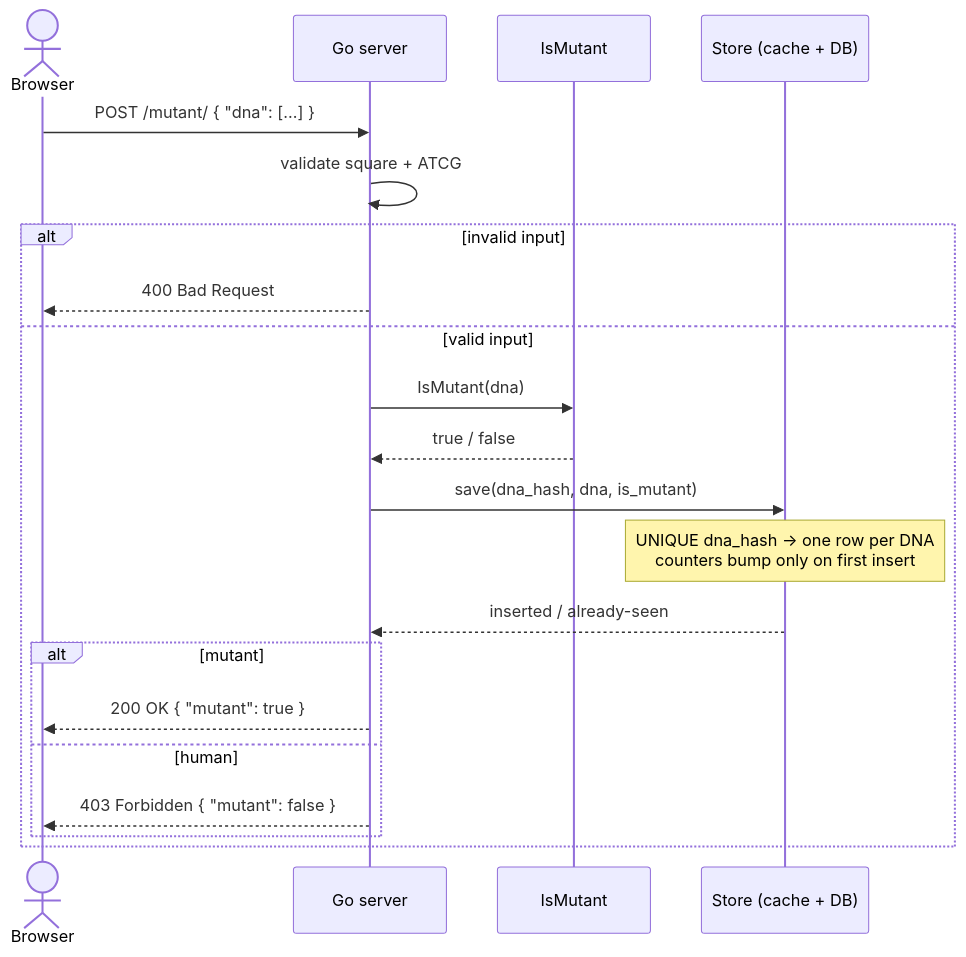
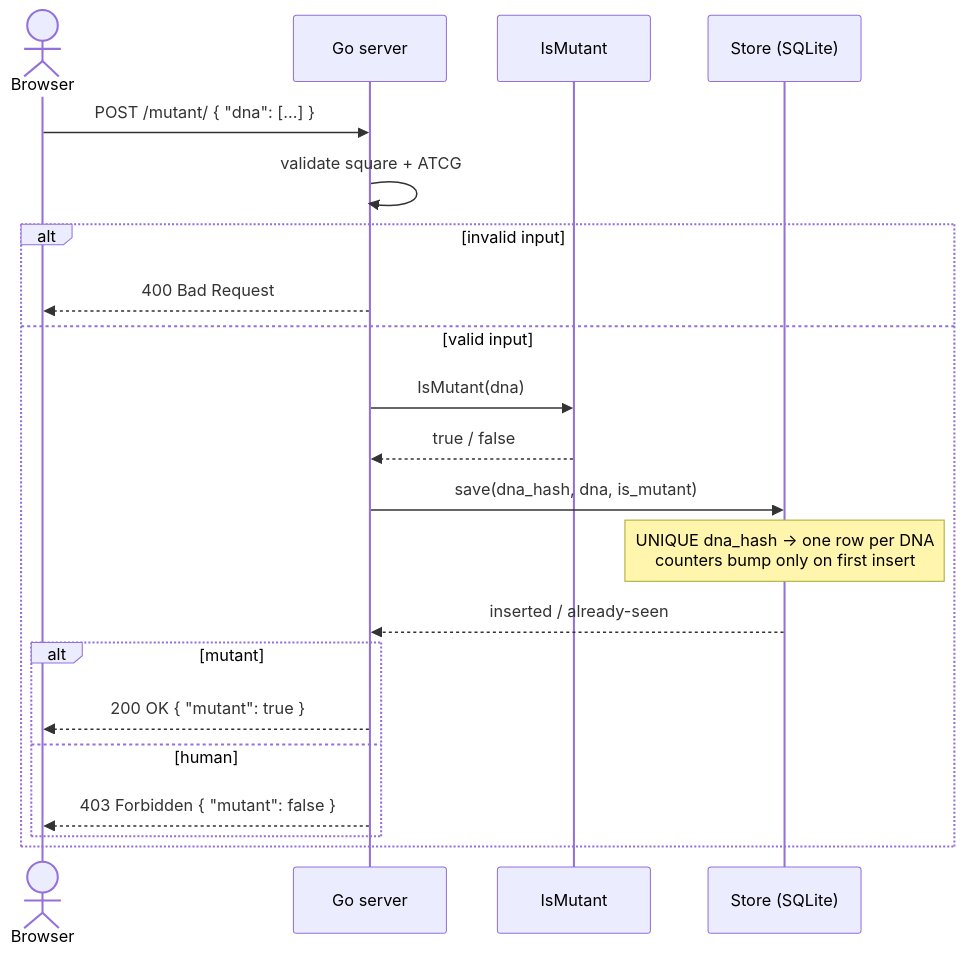
The second of 2 diagrams in requirements.md (ShreyKumar/rif-take-home-challenge), drawn with Mermaid before and after one commit. The commit also changed other lines of this file and 4 other files, not shown here.

````diff
--- a/requirements.md
+++ b/requirements.md
@@ -290,24 +280,24 @@
 ```mermaid
 sequenceDiagram
     actor U as Browser
     participant S as Go server
     participant A as IsMutant
-    participant D as Store (cache + DB)
+    participant D as Store (SQLite)
 
     U->>S: POST /mutant/ { "dna": [...] }
     S->>S: validate square + ATCG
     alt invalid input
         S-->>U: 400 Bad Request
     else valid input
         S->>A: IsMutant(dna)
         A-->>S: true / false
         S->>D: save(dna_hash, dna, is_mutant)
         Note over D: UNIQUE dna_hash → one row per DNA<br/>counters bump only on first insert
         D-->>S: inserted / already-seen
         alt mutant
             S-->>U: 200 OK { "mutant": true }
         else human
             S-->>U: 403 Forbidden { "mutant": false }
         end
     end
 ```
````
